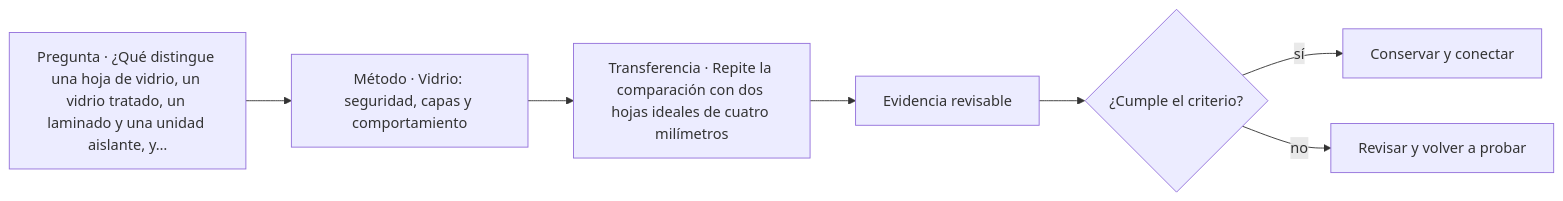
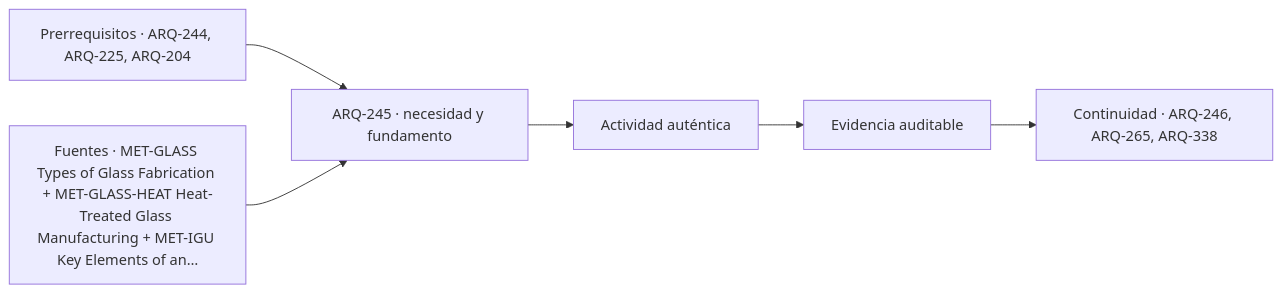
One commit to vladimiracunadev-create/architecture-built-environment-learning-program changed the diagram in classes/parte-25/ARQ-245.md. Above: the diagram before and after it, drawn with Mermaid. The commit also changed other lines of this file and 761 other files, not shown here.

````diff
--- a/classes/parte-25/ARQ-245.md
+++ b/classes/parte-25/ARQ-245.md
@@ -122,9 +134,8 @@
 ```mermaid
 flowchart LR
-    Q["Pregunta · ¿Qué distingue una hoja de vidrio, un vidrio tratado, un laminado y una unidad aislante, y…"] --> M["Método · Vidrio: seguridad, capas y comportamiento"]
-    M --> P["Transferencia · Repite la comparación con dos hojas ideales de cuatro milímetros"]
-    P --> E["Evidencia revisable"]
-    E --> C{"¿Cumple el criterio?"}
-    C -->|sí| T["Conservar y conectar"]
-    C -->|no| R["Revisar y volver a probar"]
+    A["Prerrequisitos · ARQ-244, ARQ-225, ARQ-204"] --> B["ARQ-245 · necesidad y fundamento"]
+    S["Fuentes · MET-GLASS Types of Glass Fabrication + MET-GLASS-HEAT Heat-Treated Glass Manufacturing + MET-IGU Key Elements of an…"] --> B
+    B --> C["Actividad auténtica"]
+    C --> D["Evidencia auditable"]
+    D --> E["Continuidad · ARQ-246, ARQ-265, ARQ-338"]
 ```
````
